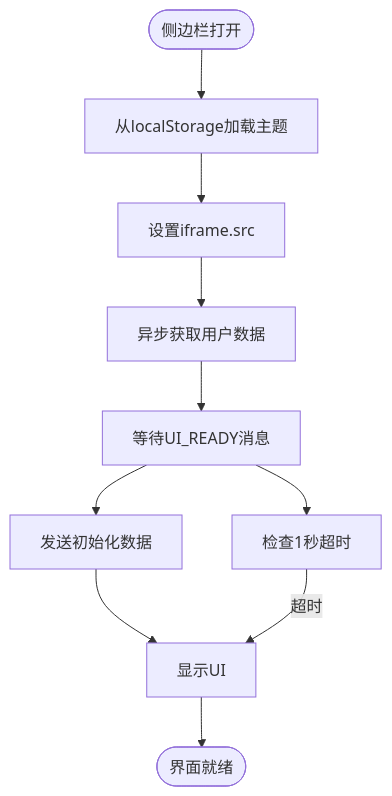
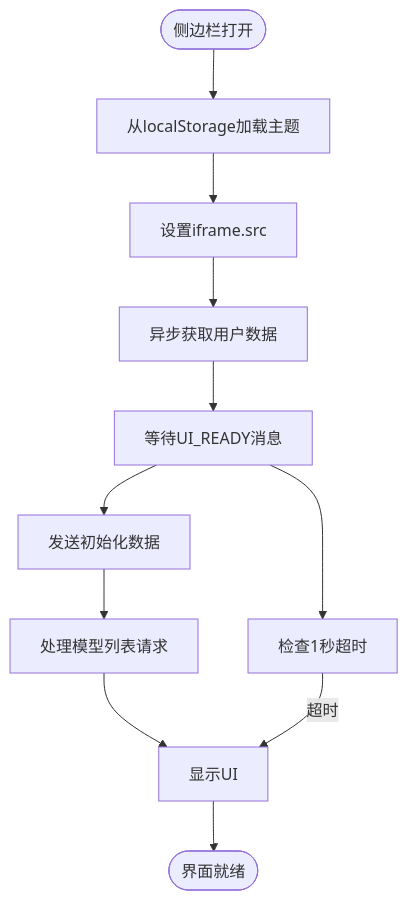
The fifth of 7 diagrams in .qoder/repowiki/zh/content/架构设计/整体架构/Sidepanel侧边栏界面.md (SEVENTEEN-TAN/gemini-nexus), drawn with Mermaid before and after one commit. The commit also changed other lines of this file and 16 other files, not shown here.

````diff
--- a/.qoder/repowiki/zh/content/架构设计/整体架构/Sidepanel侧边栏界面.md
+++ b/.qoder/repowiki/zh/content/架构设计/整体架构/Sidepanel侧边栏界面.md
@@ -168,12 +183,13 @@
 ```mermaid
 flowchart TD
 Start([侧边栏打开]) --> LoadTheme["从localStorage加载主题"]
 LoadTheme --> SetIframeSrc["设置iframe.src"]
 SetIframeSrc --> FetchData["异步获取用户数据"]
 FetchData --> WaitUIReady["等待UI_READY消息"]
 WaitUIReady --> SendInitData["发送初始化数据"]
-SendInitData --> ShowUI["显示UI"]
+SendInitData --> HandleModelRequest["处理模型列表请求"]
+HandleModelRequest --> ShowUI["显示UI"]
 WaitUIReady --> TimeoutCheck["检查1秒超时"]
 TimeoutCheck --> |超时| ShowUI
 ShowUI --> End([界面就绪])
 ```
````
